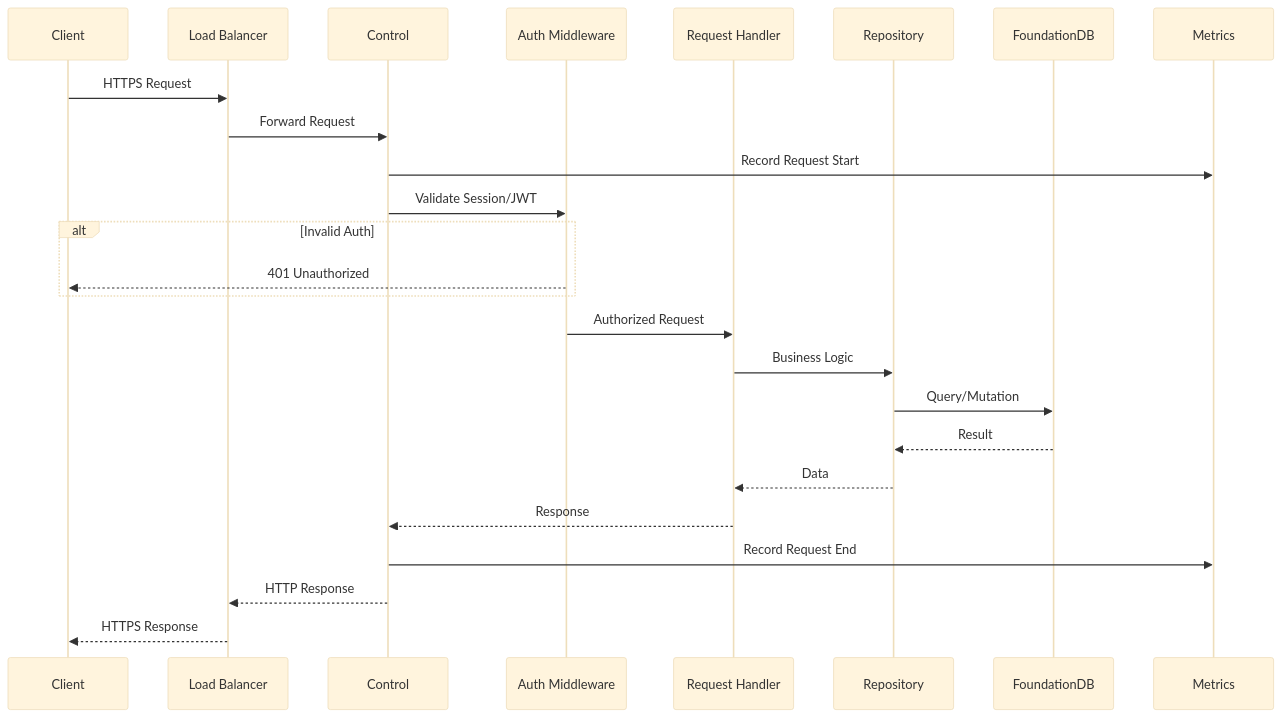
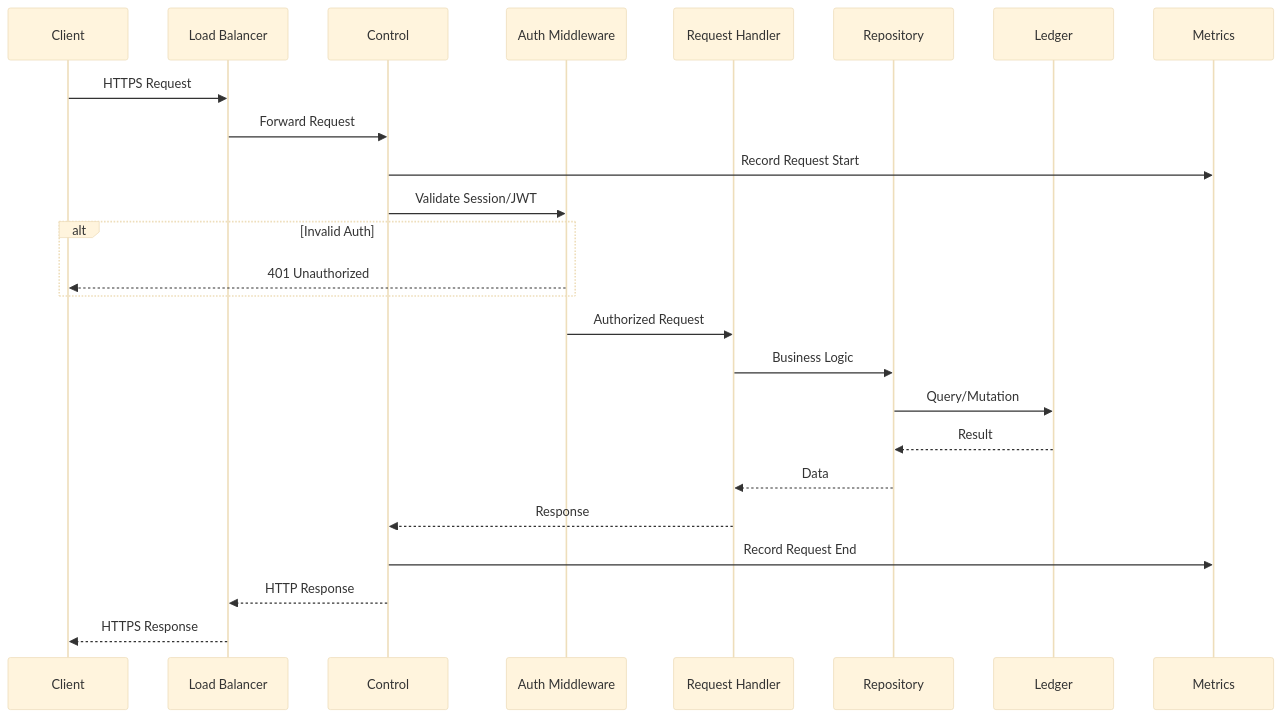
Before and after one commit to inferadb/control: the eighth of 10 diagrams in docs/architecture.md, drawn with Mermaid (base theme). The commit also changed other lines of this file and 61 other files, not shown here.

Commit message:
improve: fdb → ledger

````diff
--- a/docs/architecture.md
+++ b/docs/architecture.md
@@ -435,34 +435,34 @@
 ```mermaid
 sequenceDiagram
     participant Client
     participant LB as Load Balancer
     participant API as Control
     participant Auth as Auth Middleware
     participant Handler as Request Handler
     participant Repo as Repository
-    participant FDB as FoundationDB
+    participant DB as Ledger
     participant Metrics
 
     Client->>LB: HTTPS Request
     LB->>API: Forward Request
 
     API->>Metrics: Record Request Start
     API->>Auth: Validate Session/JWT
 
     alt Invalid Auth
         Auth-->>Client: 401 Unauthorized
     end
 
     Auth->>Handler: Authorized Request
     Handler->>Repo: Business Logic
 
-    Repo->>FDB: Query/Mutation
-    FDB-->>Repo: Result
+    Repo->>DB: Query/Mutation
+    DB-->>Repo: Result
 
     Repo-->>Handler: Data
     Handler-->>API: Response
 
     API->>Metrics: Record Request End
     API-->>LB: HTTP Response
     LB-->>Client: HTTPS Response
 ```
````
